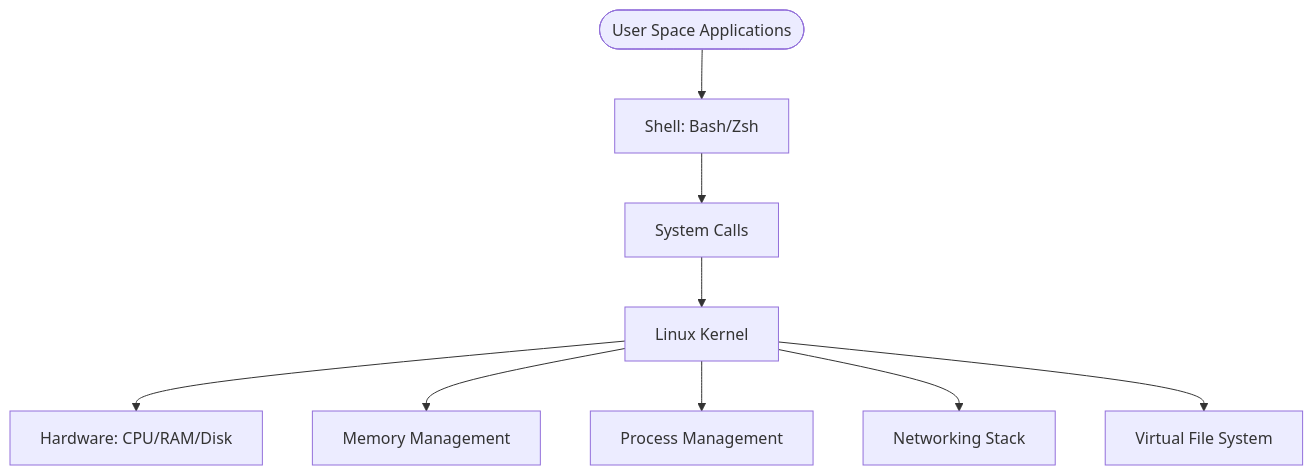
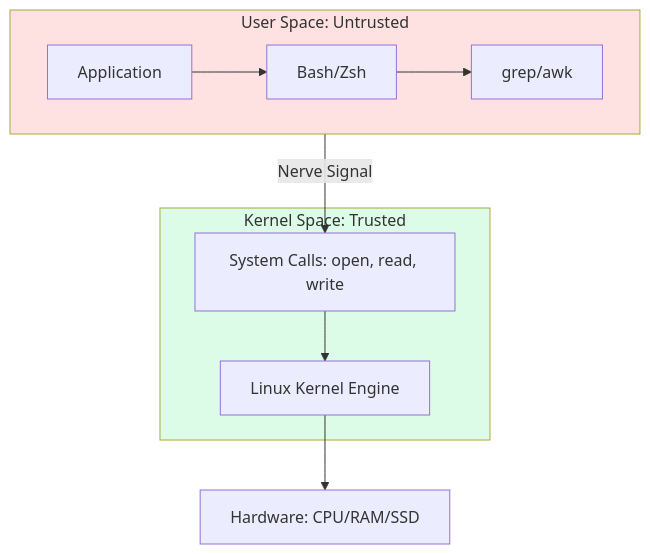
The diagram in 2-Intermediate/01-Phase-1/02-Linux/README.md (Ganil151/Devops), drawn with Mermaid before and after one commit. The commit also changed other lines of this file and 75 other files, not shown here.

````diff
--- a/2-Intermediate/01-Phase-1/02-Linux/README.md
+++ b/2-Intermediate/01-Phase-1/02-Linux/README.md
@@ -64,12 +33,19 @@
 ```mermaid
 graph TD
-    User([User Space Applications]) --> Shell[Shell: Bash/Zsh]
-    Shell --> Syscalls[System Calls]
-    Syscalls --> Kernel[Linux Kernel]
-    Kernel --> HW[Hardware: CPU/RAM/Disk]
+    subgraph UserSpace[User Space: Untrusted]
+        App[Application] --> Shell[Bash/Zsh]
+        Shell --> Tool[grep/awk]
+    end
     
-    Kernel --> MemM[Memory Management]
-    Kernel --> ProcM[Process Management]
-    Kernel --> Net[Networking Stack]
-    Kernel --> VFS[Virtual File System]
+    subgraph KernelSpace[Kernel Space: Trusted]
+        Syscalls[System Calls: open, read, write]
+        Kernel[Linux Kernel Engine]
+    end
+    
+    UserSpace -->|Nerve Signal| Syscalls
+    Syscalls --> Kernel
+    Kernel --> HW[Hardware: CPU/RAM/SSD]
+    
+    style UserSpace fill:#fee2e2
+    style KernelSpace fill:#dcfce7
 ```
````
